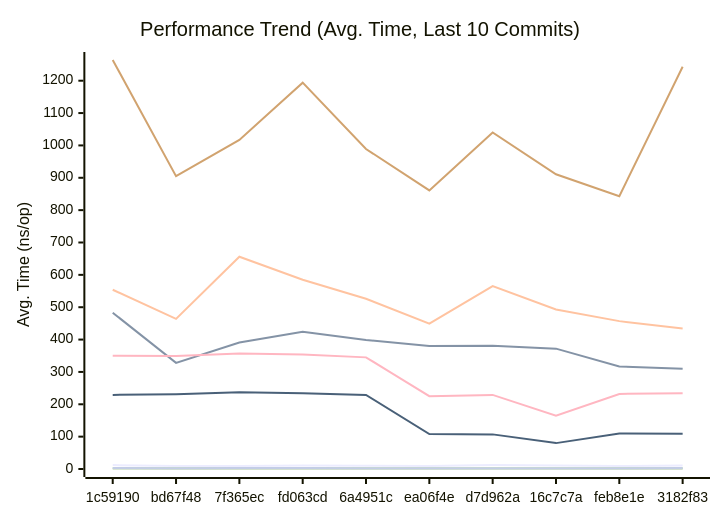
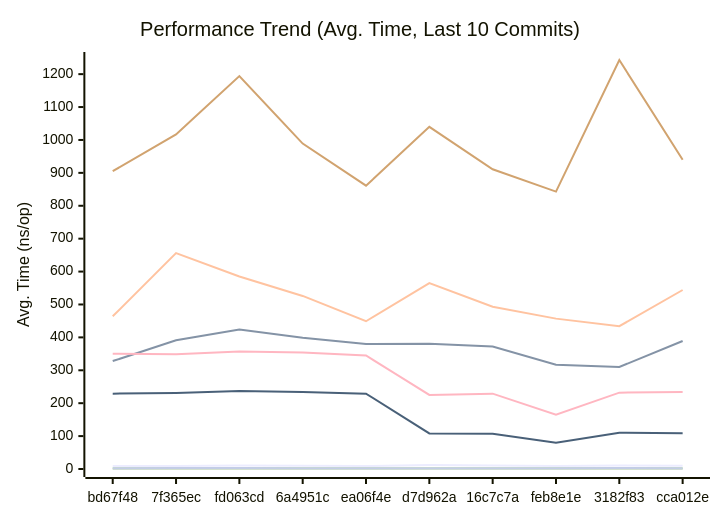
Before and after one commit to alsotoes/momo: the first of 3 diagrams in docs/PERFORMANCE.md, drawn with Mermaid. The commit also changed other lines of this file and 3 other files, not shown here.

````diff
--- a/docs/PERFORMANCE.md
+++ b/docs/PERFORMANCE.md
@@ -80,16 +80,16 @@
 ```mermaid
 xychart-beta
     title "Performance Trend (Avg. Time, Last 10 Commits)"
     x-axis "Commit"
     y-axis "Avg. Time (ns/op)"
-    x-axis [1c59190,bd67f48,7f365ec,fd063cd,6a4951c,ea06f4e,d7d962a,16c7c7a,feb8e1e,3182f83]
-    line "CheckMetricsAndSwap" [12,9,9,11,10,9,12,11,9,11]
-    line "CrushOptimized" [483,328,391,424,399,380,381,372,317,310]
-    line "CrushOriginal" [554,464,656,585,526,449,565,493,457,434]
-    line "IndexDirectTracking" [1,0,0,0,0,0,0,0,0,0]
+    x-axis [bd67f48,7f365ec,fd063cd,6a4951c,ea06f4e,d7d962a,16c7c7a,feb8e1e,3182f83,cca012e]
+    line "CheckMetricsAndSwap" [9,9,11,10,9,12,11,9,11,10]
+    line "CrushOptimized" [328,391,424,399,380,381,372,317,310,389]
+    line "CrushOriginal" [464,656,585,526,449,565,493,457,434,544]
+    line "IndexDirectTracking" [0,0,0,0,0,0,0,0,0,0]
     line "IndexSearch" [2,2,2,2,2,2,2,2,2,2]
-    line "LoadGlobalConfig" [1264,905,1017,1194,989,861,1040,911,843,1243]
-    line "PadString" [3,2,3,3,2,2,2,2,2,3]
+    line "LoadGlobalConfig" [905,1017,1194,989,861,1040,911,843,1243,940]
+    line "PadString" [2,3,3,2,2,2,2,2,3,2]
     line "ParseReplicationOrder_NoPrealloc" [350,349,357,354,345,225,229,165,232,234]
     line "ParseReplicationOrder_Prealloc" [229,231,237,234,229,108,107,80,110,109]
 ```
````
